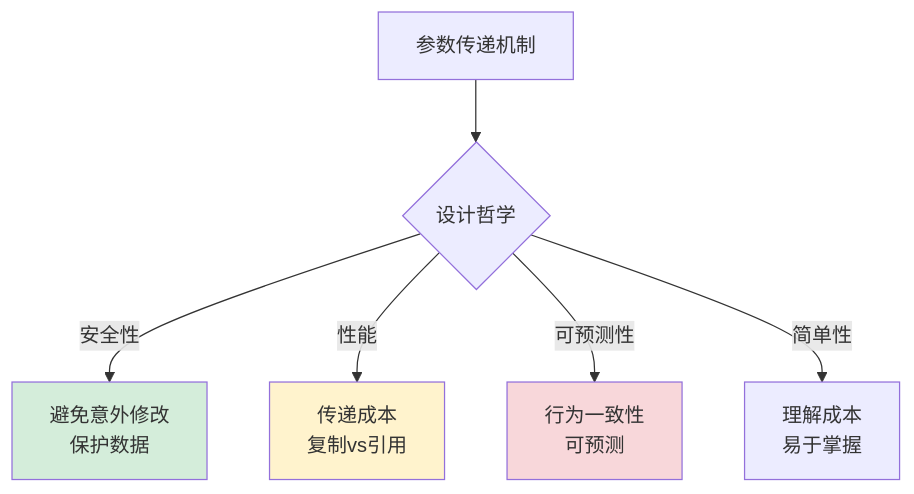
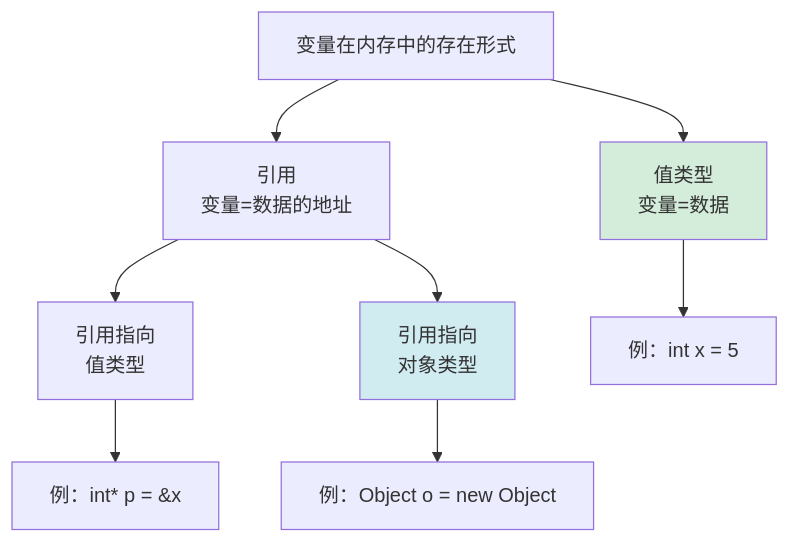
One commit to chongyang211/YCBookBlog changed diagram 15 of 33 in 00.通用技术的提升/02.程序编程原理/03.值型变量和引用.md. Above: the diagram before and after it, drawn with Mermaid. The commit also changed other lines of this file and 6 other files, not shown here.

````diff
--- a/00.通用技术的提升/02.程序编程原理/03.值型变量和引用.md
+++ b/00.通用技术的提升/02.程序编程原理/03.值型变量和引用.md
@@ -594,12 +740,15 @@
 ```mermaid
 graph TB
-    A[参数传递机制] --> B{设计哲学}
-    B -->|安全性| C[避免意外修改<br/>保护数据]
-    B -->|性能| D[传递成本<br/>复制vs引用]
-    B -->|可预测性| E[行为一致性<br/>可预测]
-    B -->|简单性| F[理解成本<br/>易于掌握]
+    A[变量在内存中的存在形式] --> B[值类型<br/>变量=数据]
+    A --> C[引用<br/>变量=数据的地址]
     
-    style C fill:#d4edda
-    style D fill:#fff3cd
-    style E fill:#f8d7da
+    C --> D[引用指向<br/>值类型]
+    C --> E[引用指向<br/>对象类型]
+    
+    B --> F[例：int x = 5]
+    D --> G[例：int* p = &x]
+    E --> H[例：Object o = new Object ]
+
+    style B fill:#d4edda
+    style E fill:#d1ecf1
 ```
````
